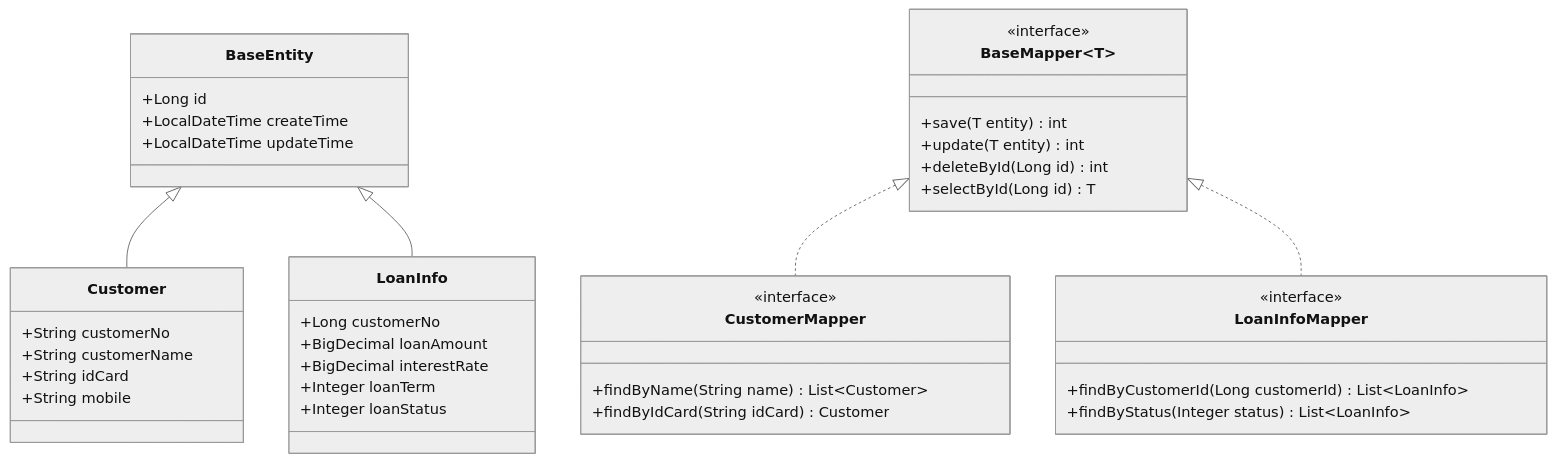
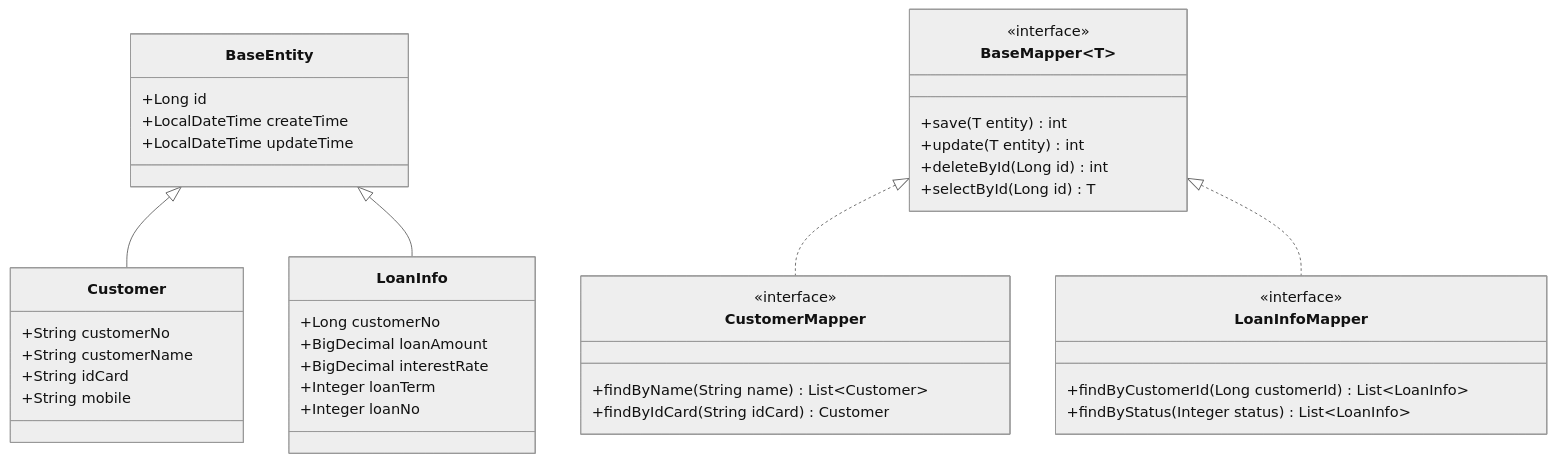
One commit to skyopk/iodraw-files changed the diagram in all/未命名.md. Above: the diagram before and after it, drawn with Mermaid (neutral theme).

Commit message:
2025-03-25 08:51:11 update

````diff
--- a/all/未命名.md
+++ b/all/未命名.md
@@ -1,48 +1,48 @@
 ```mermaid
 classDiagram
     class BaseEntity {
         +Long id
         +LocalDateTime  createTime
         +LocalDateTime  updateTime
     }
     
     class BaseMapper~T~ {
         <<interface>>
         +save(T entity) int
         +update(T entity) int
         +deleteById(Long id) int
         +selectById(Long id) T
     }
     
     class Customer {
         +String customerNo
         +String customerName
         +String idCard
         +String mobile
     }
     
     class LoanInfo {
         +Long customerNo
         +BigDecimal loanAmount
         +BigDecimal interestRate
         +Integer loanTerm
-        +Integer loanStatus
+        +Integer loanNo
     }
     
     class CustomerMapper {
         <<interface>>
         +findByName(String name) List~Customer~
         +findByIdCard(String idCard) Customer
     }
     
     class LoanInfoMapper {
         <<interface>>
         +findByCustomerId(Long customerId) List~LoanInfo~
         +findByStatus(Integer status) List~LoanInfo~
     }
     
     BaseEntity <|-- Customer
     BaseEntity <|-- LoanInfo
     BaseMapper~BaseEntity~ <|.. CustomerMapper
     BaseMapper~BaseEntity~ <|.. LoanInfoMapper
 ```
````
